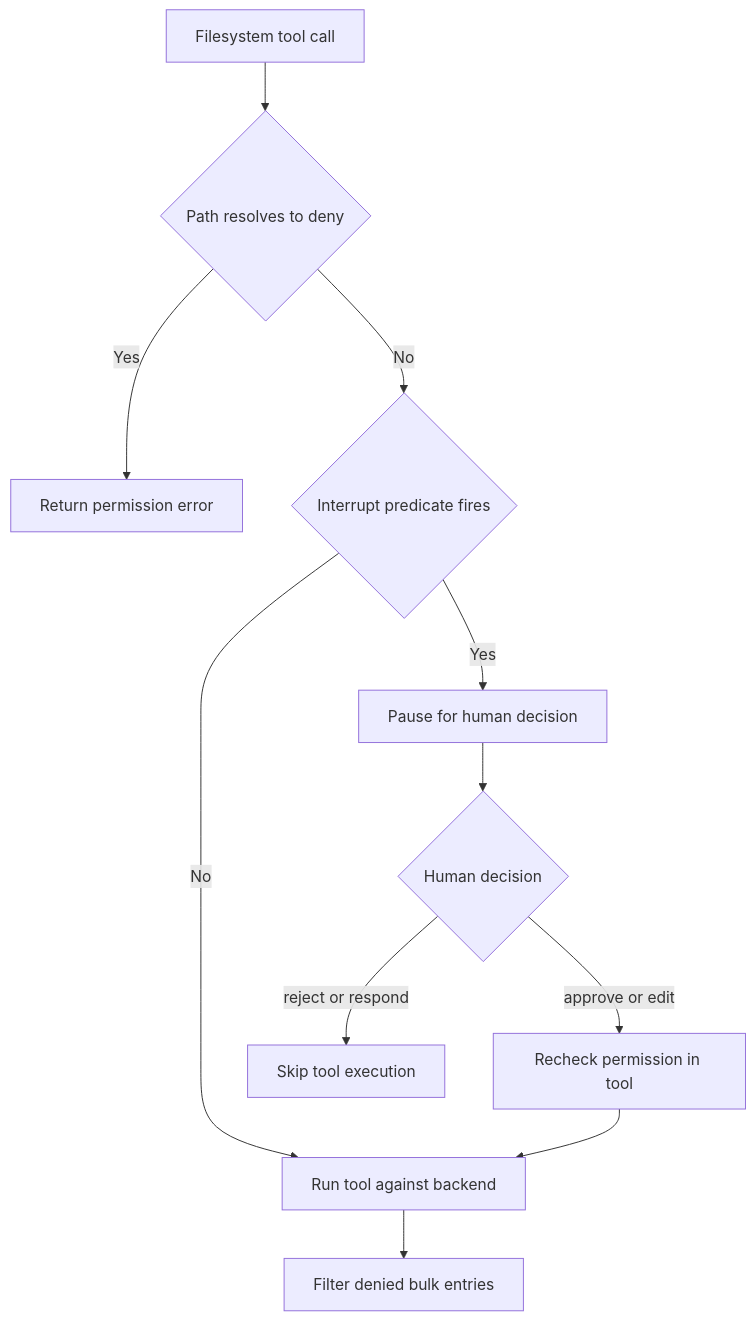
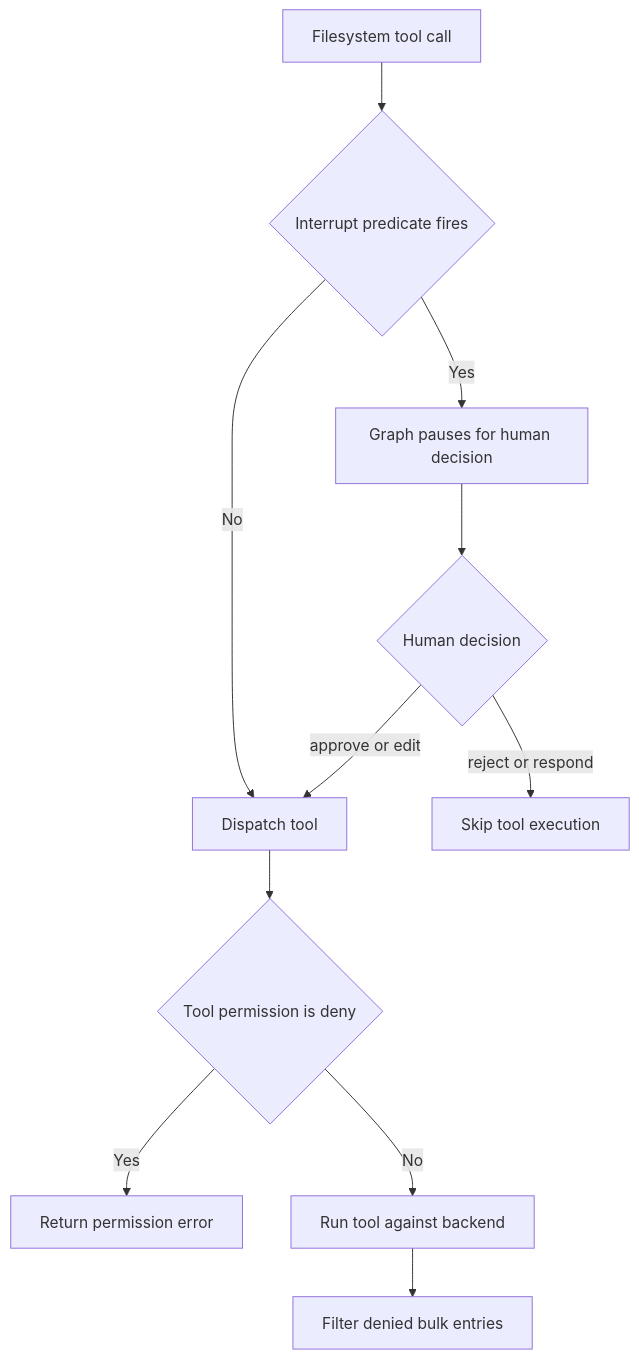
The first of 2 diagrams in openwiki/concepts/permissions-hitl.md (langchain-ai/deepagents), drawn with Mermaid before and after one commit. The commit also changed other lines of this file and 62 other files, not shown here.

````diff
--- a/openwiki/concepts/permissions-hitl.md
+++ b/openwiki/concepts/permissions-hitl.md
@@ -85,13 +87,13 @@
 ```mermaid
 flowchart TD
-    Call["Filesystem tool call"] --> DenyCheck{"Path resolves to deny"}
+    Call["Filesystem tool call"] --> Route{"Interrupt predicate fires"}
+    Route -->|Yes| Pause["Graph pauses for human decision"]
+    Route -->|No| Dispatch["Dispatch tool"]
+    Pause --> Decision{"Human decision"}
+    Decision -->|approve or edit| Dispatch
+    Decision -->|reject or respond| Skip["Skip tool execution"]
+    Dispatch --> DenyCheck{"Tool permission is deny"}
     DenyCheck -->|Yes| Denied["Return permission error"]
-    DenyCheck -->|No| InterruptCheck{"Interrupt predicate fires"}
-    InterruptCheck -->|No| Run["Run tool against backend"]
-    InterruptCheck -->|Yes| Pause["Pause for human decision"]
-    Pause --> Decision{"Human decision"}
-    Decision -->|approve or edit| Recheck["Recheck permission in tool"]
-    Decision -->|reject or respond| Skip["Skip tool execution"]
-    Recheck --> Run
+    DenyCheck -->|No| Run["Run tool against backend"]
     Run --> Filter["Filter denied bulk entries"]
 ```
````
